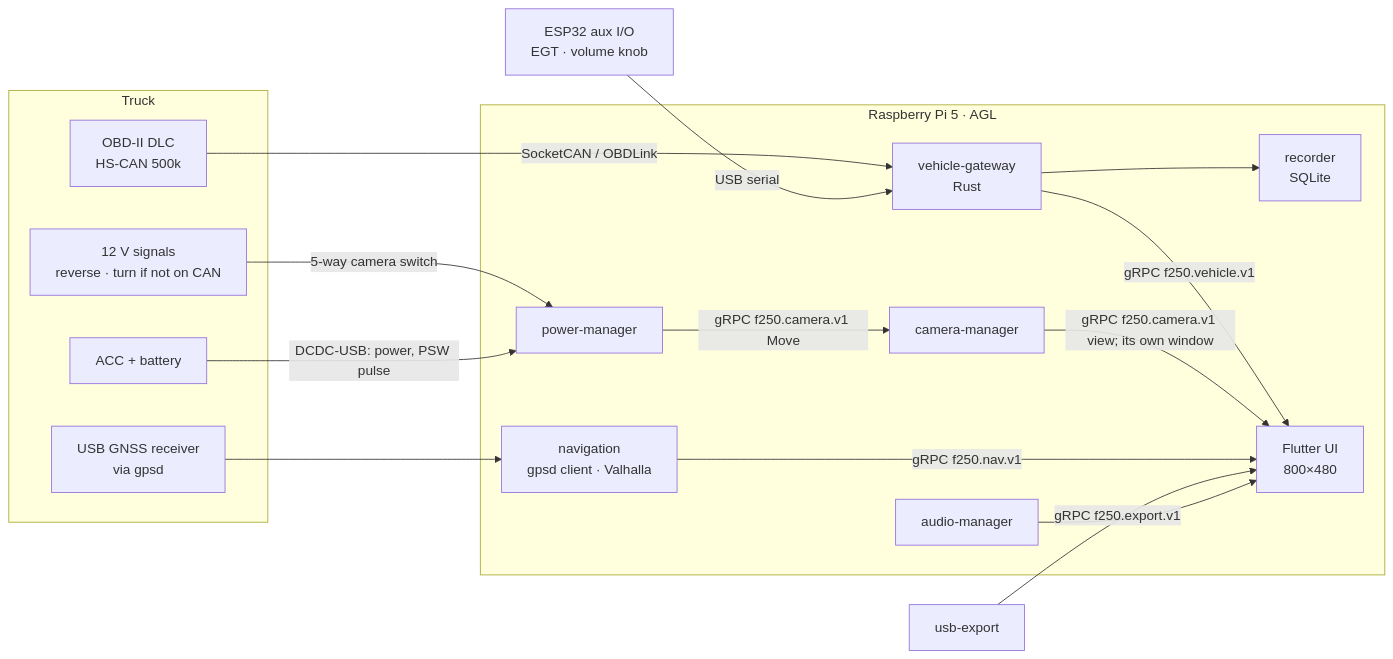
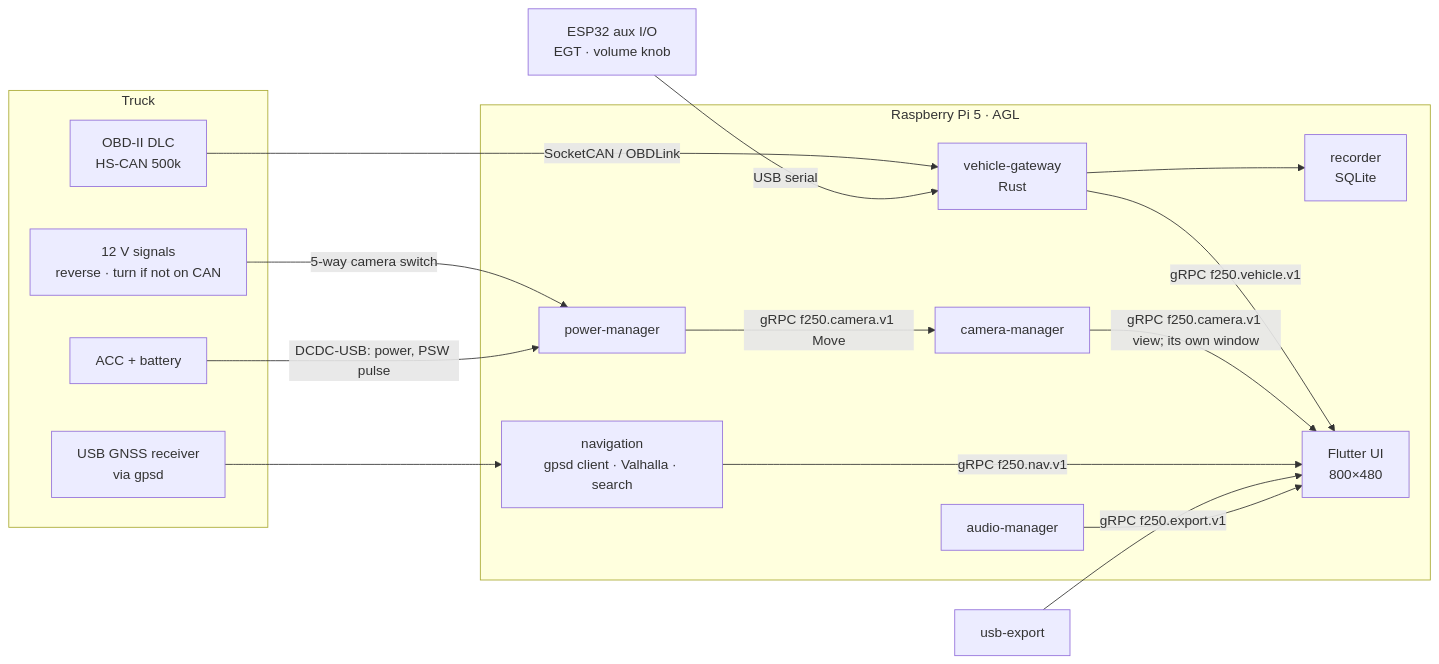
The diagram in README.md (darickc/TruckDashboard), drawn with Mermaid before and after one commit. The commit also changed other lines of this file and 10 other files, not shown here.

First line of the commit message:
docs: ADR-0038 offline address search; owner's typing decision, roadmap, bench check 20

````diff
--- a/README.md
+++ b/README.md
@@ -68,30 +68,30 @@
 ```mermaid
 flowchart LR
   subgraph Truck
     DLC[OBD-II DLC<br/>HS-CAN 500k]
     IN[12 V signals<br/>reverse · turn if not on CAN]
     ACC[ACC + battery]
     GNSS[USB GNSS receiver<br/>via gpsd]
   end
   subgraph Pi5[Raspberry Pi 5 · AGL]
     GW[vehicle-gateway<br/>Rust]
     REC[recorder<br/>SQLite]
     PWR[power-manager]
     CAM[camera-manager]
-    NAV[navigation<br/>gpsd client · Valhalla]
+    NAV[navigation<br/>gpsd client · Valhalla · search]
     AUD[audio-manager]
     UI[Flutter UI<br/>800×480]
   end
   DLC -- SocketCAN / OBDLink --> GW
   IN -- 5-way camera switch --> PWR
   ACC -- DCDC-USB: power, PSW pulse --> PWR
   GW -- gRPC f250.vehicle.v1 --> UI
   GW --> REC
   PWR -- gRPC f250.camera.v1 Move --> CAM
   CAM -- gRPC f250.camera.v1 view; its own window --> UI
   GNSS --> NAV
   NAV -- gRPC f250.nav.v1 --> UI
   USB[usb-export] -- gRPC f250.export.v1 --> UI
   AUD --> UI
   ESP[ESP32 aux I/O<br/>EGT · volume knob] -- USB serial --> GW
 ```
````
